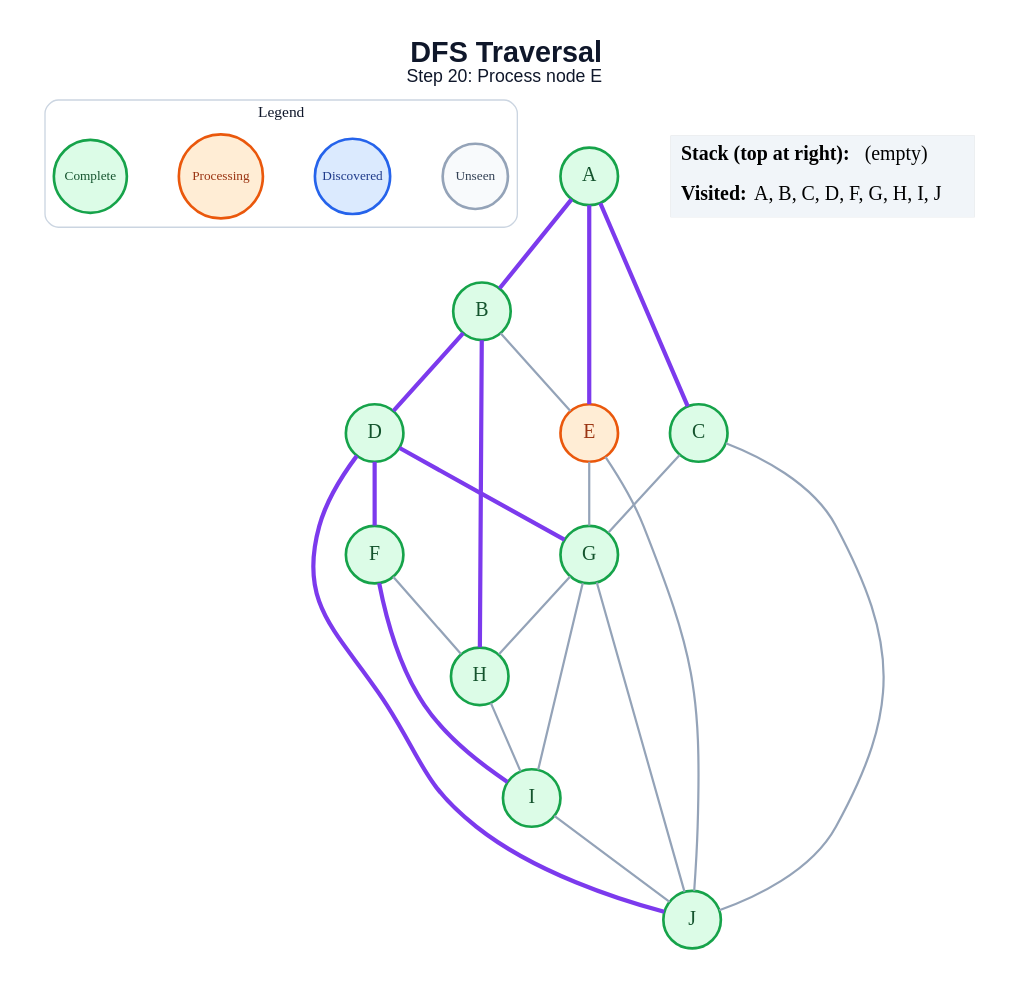
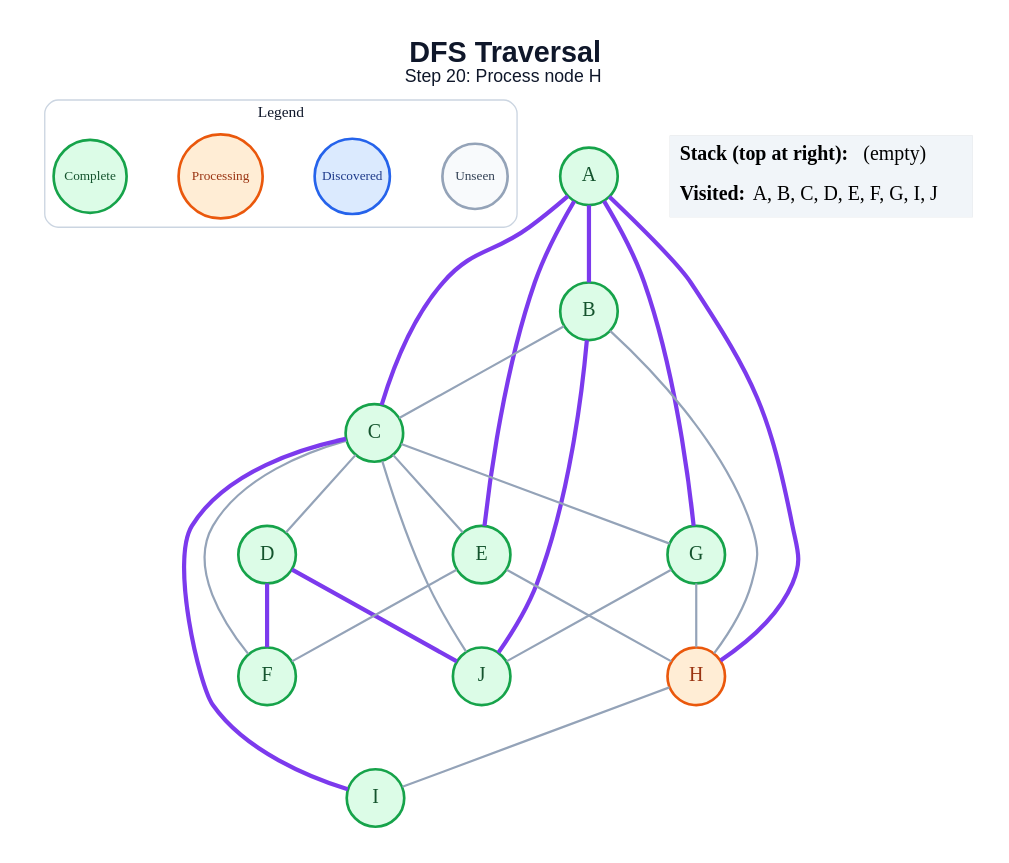
One commit to anon7238593-create/ai-slop changed the diagram in generated/dfs/step_20.dot. Above: the diagram before and after it, drawn with Graphviz. The commit also changed 171 other files, not shown here.

```diff
--- a/generated/dfs/step_20.dot
+++ b/generated/dfs/step_20.dot
@@ -1,49 +1,50 @@
 graph traversal {
   graph [layout=dot, rankdir=TB, bgcolor="#FFFFFF", pad="0.35", nodesep="0.65", ranksep="0.8", fontname="Arial"];
   node [shape=circle, style="filled", fontname="Arial Bold", fontsize=18, width=0.72, fixedsize=true, penwidth=2.4];
   edge [color="#94A3B8", penwidth=2.0];
-  label=<<B>DFS Traversal</B><BR/><FONT POINT-SIZE="16">Step 20: Process node E</FONT>>; labelloc="t"; fontsize=26; fontname="Arial"; fontcolor="#0F172A";
+  label=<<B>DFS Traversal</B><BR/><FONT POINT-SIZE="16">Step 20: Process node H</FONT>>; labelloc="t"; fontsize=26; fontname="Arial"; fontcolor="#0F172A";
   subgraph cluster_legend { label="Legend"; color="#CBD5E1"; penwidth=1.2; style="rounded"; fontsize=14; fontname="Arial Bold";
     key_unseen [label="Unseen", fillcolor="#F8FAFC", color="#94A3B8", fontcolor="#334155", fontsize=12, width=0.82];
     key_frontier [label="Discovered", fillcolor="#DBEAFE", color="#2563EB", fontcolor="#1E3A8A", fontsize=12, width=0.95];
     key_current [label="Processing", fillcolor="#FFEDD5", color="#EA580C", fontcolor="#9A3412", fontsize=12, width=1.05];
     key_done [label="Complete", fillcolor="#DCFCE7", color="#16A34A", fontcolor="#14532D", fontsize=12, width=0.92];
     { rank=same; key_unseen; key_frontier; key_current; key_done; }
   }
   A [fillcolor="#DCFCE7", color="#16A34A", fontcolor="#14532D"];
   B [fillcolor="#DCFCE7", color="#16A34A", fontcolor="#14532D"];
   C [fillcolor="#DCFCE7", color="#16A34A", fontcolor="#14532D"];
   D [fillcolor="#DCFCE7", color="#16A34A", fontcolor="#14532D"];
-  E [fillcolor="#FFEDD5", color="#EA580C", fontcolor="#9A3412"];
+  E [fillcolor="#DCFCE7", color="#16A34A", fontcolor="#14532D"];
   F [fillcolor="#DCFCE7", color="#16A34A", fontcolor="#14532D"];
   G [fillcolor="#DCFCE7", color="#16A34A", fontcolor="#14532D"];
-  H [fillcolor="#DCFCE7", color="#16A34A", fontcolor="#14532D"];
+  H [fillcolor="#FFEDD5", color="#EA580C", fontcolor="#9A3412"];
   I [fillcolor="#DCFCE7", color="#16A34A", fontcolor="#14532D"];
   J [fillcolor="#DCFCE7", color="#16A34A", fontcolor="#14532D"];
   A -- B [color="#7C3AED", penwidth=3.8];
   A -- C [color="#7C3AED", penwidth=3.8];
   A -- E [color="#7C3AED", penwidth=3.8];
-  B -- D [color="#7C3AED", penwidth=3.8];
-  B -- E;
-  B -- H [color="#7C3AED", penwidth=3.8];
+  A -- G [color="#7C3AED", penwidth=3.8];
+  A -- H [color="#7C3AED", penwidth=3.8];
+  B -- C;
+  B -- H;
+  B -- J [color="#7C3AED", penwidth=3.8];
+  C -- D;
+  C -- E;
+  C -- F;
   C -- G;
+  C -- I [color="#7C3AED", penwidth=3.8];
   C -- J;
   D -- F [color="#7C3AED", penwidth=3.8];
-  D -- G [color="#7C3AED", penwidth=3.8];
   D -- J [color="#7C3AED", penwidth=3.8];
-  E -- G;
-  E -- J;
-  F -- H;
-  F -- I [color="#7C3AED", penwidth=3.8];
+  E -- F;
+  E -- H;
   G -- H;
-  G -- I;
   G -- J;
   H -- I;
-  I -- J;
   status [shape=plain, fixedsize=false, width=0, height=0, margin=0, label=<
     <TABLE BORDER="0" CELLBORDER="0" CELLPADDING="7" BGCOLOR="#F1F5F9">
       <TR><TD ALIGN="LEFT"><B>Stack (top at right):</B> (empty)</TD></TR>
-      <TR><TD ALIGN="LEFT"><B>Visited:</B> A, B, C, D, F, G, H, I, J</TD></TR>
+      <TR><TD ALIGN="LEFT"><B>Visited:</B> A, B, C, D, E, F, G, I, J</TD></TR>
     </TABLE>
   >];
 }
```
